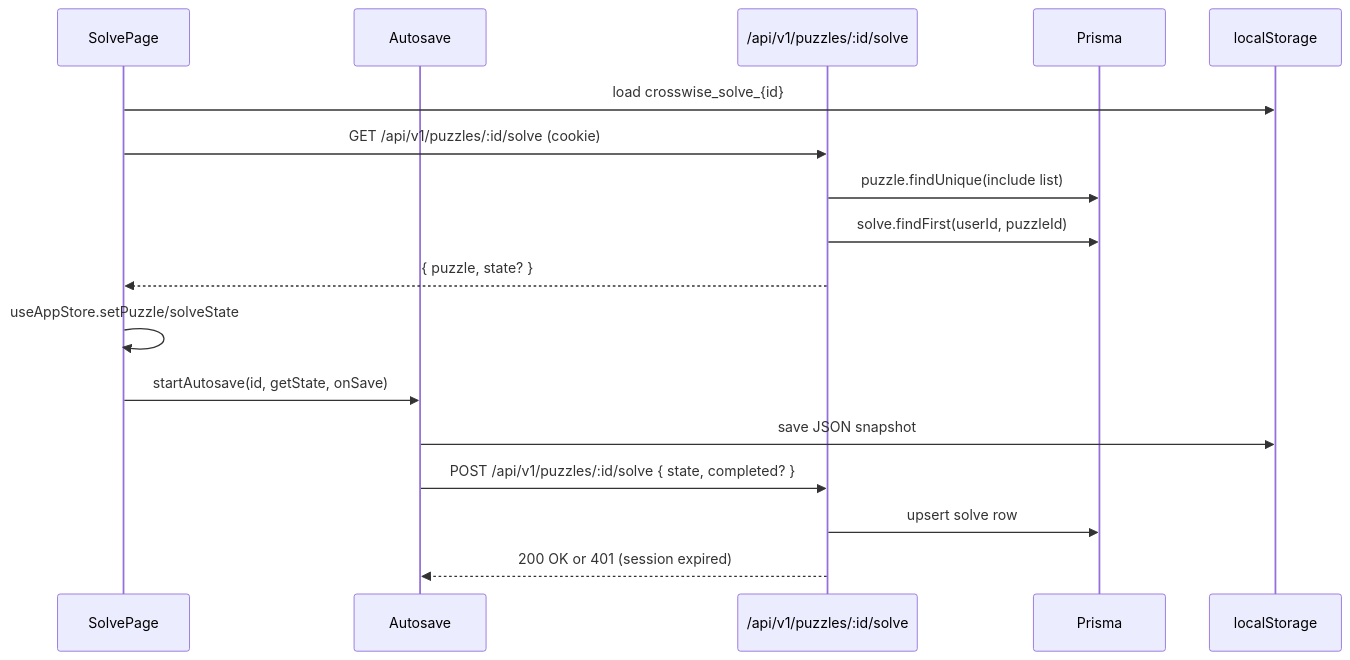
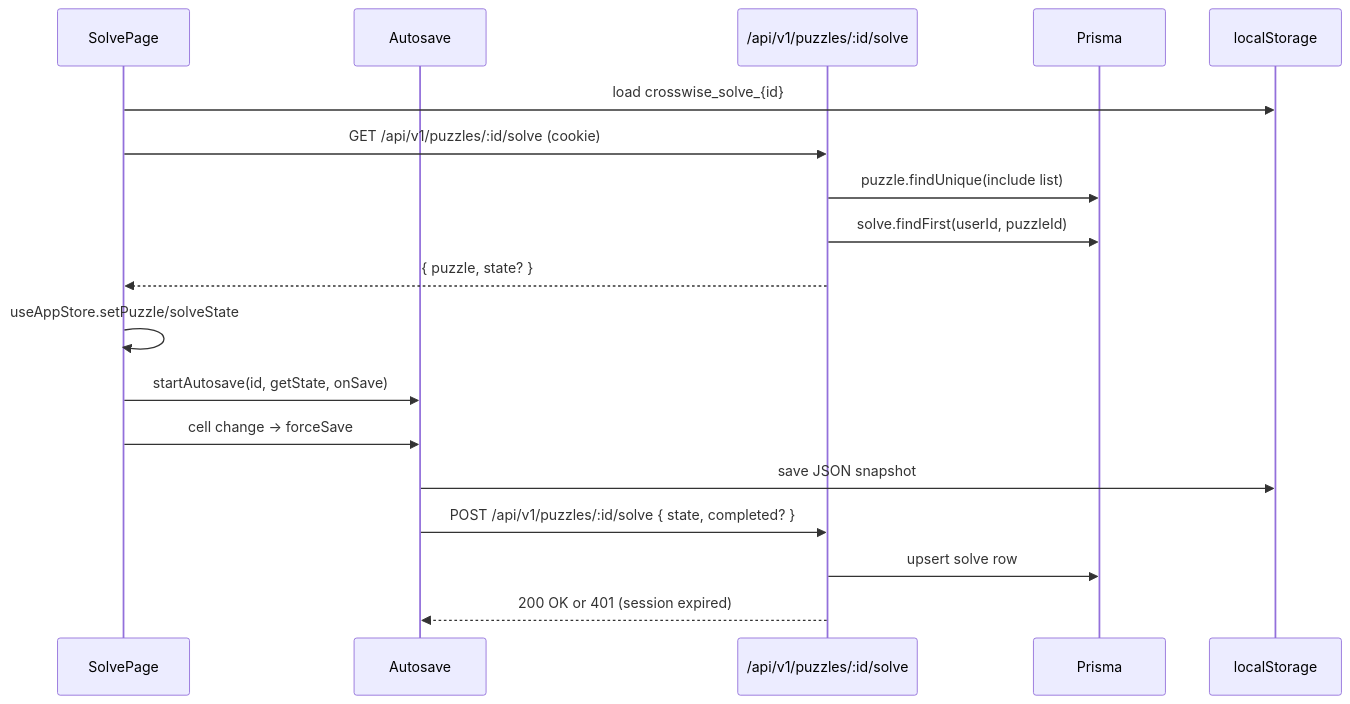
One commit to dragondad22/CrossWise changed the fourth of 4 diagrams in docs/data_flow.md. Above: the diagram before and after it, drawn with Mermaid. The commit also changed other lines of this file and 12 other files, not shown here.

Commit message:
Fixes #18 Updated auto save to be based on cell changes vs every 5 seconds

````diff
--- a/docs/data_flow.md
+++ b/docs/data_flow.md
@@ -75,20 +75,21 @@
 ```mermaid
 sequenceDiagram
     participant UI as SolvePage
     participant Autosave
     participant API as /api/v1/puzzles/:id/solve
     participant Prisma
     participant Storage as localStorage
 
     UI->>Storage: load crosswise_solve_{id}
     UI->>API: GET /api/v1/puzzles/:id/solve (cookie)
     API->>Prisma: puzzle.findUnique(include list)
     API->>Prisma: solve.findFirst(userId, puzzleId)
     API-->>UI: { puzzle, state? }
     UI->>UI: useAppStore.setPuzzle/solveState
     UI->>Autosave: startAutosave(id, getState, onSave)
+    UI->>Autosave: cell change -> forceSave
     Autosave->>Storage: save JSON snapshot
     Autosave->>API: POST /api/v1/puzzles/:id/solve { state, completed? }
     API->>Prisma: upsert solve row
     API-->>Autosave: 200 OK or 401 (session expired)
 ```
````
